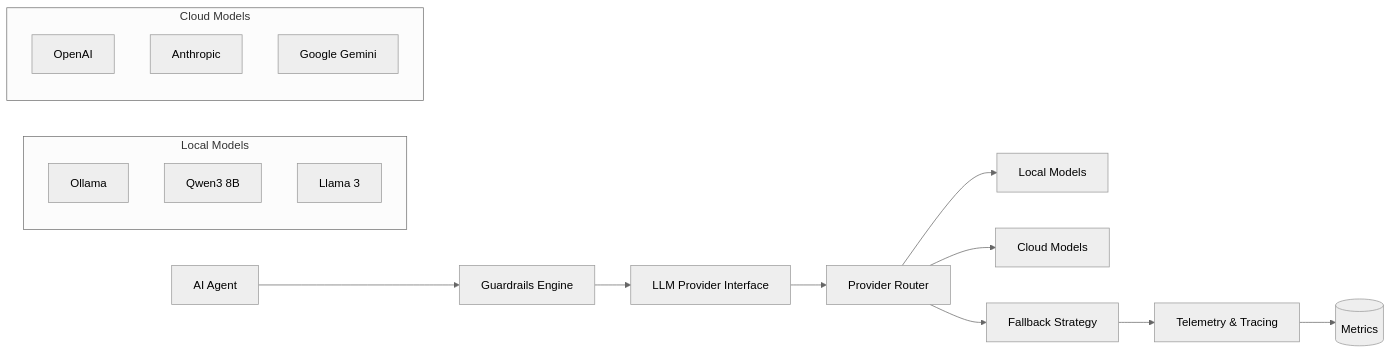
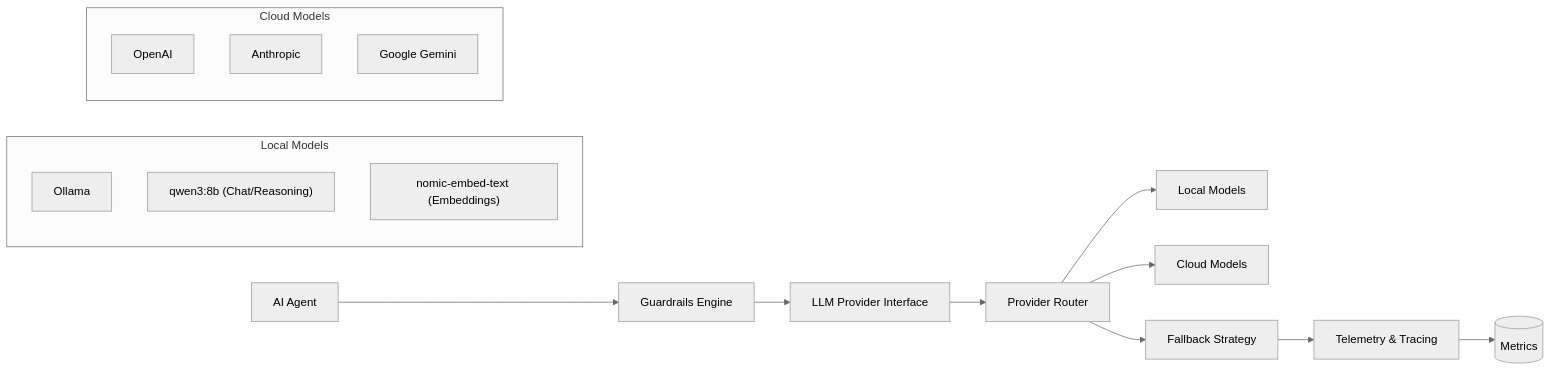
Before and after one commit to rsinghcodes/Tailr: the diagram in docs/Diagrams/11-LLM-Provider.mmd, drawn with Mermaid (neutral theme). The commit also changed 65 other files, not shown here.

```diff
--- a/docs/Diagrams/11-LLM-Provider.mmd
+++ b/docs/Diagrams/11-LLM-Provider.mmd
@@ -1,31 +1,31 @@
 flowchart LR
 
 Agent[AI Agent]
 
 Agent --> Guardrails[Guardrails Engine]
 
 Guardrails --> Provider[LLM Provider Interface]
 
 Provider --> Router[Provider Router]
 
 Router --> Local[Local Models]
 
 Router --> Cloud[Cloud Models]
 
 subgraph LocalModels[Local Models]
 Ollama[Ollama]
-Qwen[Qwen3 8B]
-Llama[Llama 3]
+Qwen["qwen3:8b (Chat/Reasoning)"]
+Embed["nomic-embed-text (Embeddings)"]
 end
 
 subgraph CloudModels[Cloud Models]
 OpenAI[OpenAI]
 Anthropic[Anthropic]
 Gemini[Google Gemini]
 end
 
 Router --> Fallback[Fallback Strategy]
 
 Fallback --> Telemetry[Telemetry & Tracing]
 
 Telemetry --> Metrics[(Metrics)]
```
